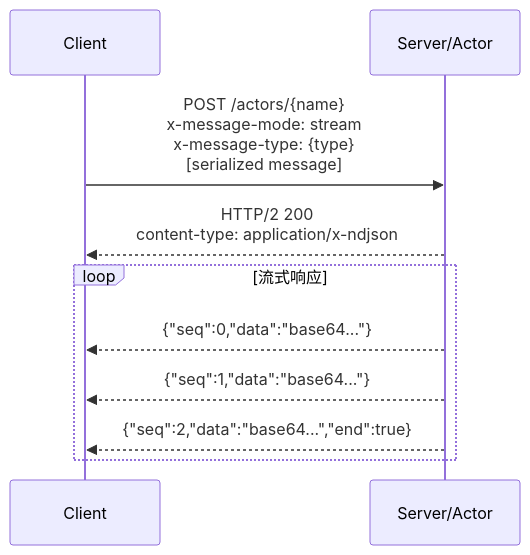
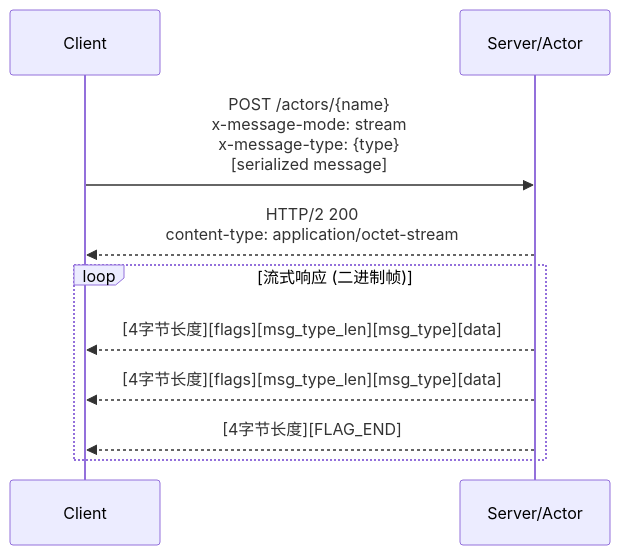
The fifth of 6 diagrams in docs/src/design/http2-transport.zh.md (wyeth93/Pulsing), drawn with Mermaid before and after one commit. The commit also changed other lines of this file and 14 other files, not shown here.

````diff
--- a/docs/src/design/http2-transport.zh.md
+++ b/docs/src/design/http2-transport.zh.md
@@ -92,15 +92,15 @@
 ```mermaid
 sequenceDiagram
     participant C as Client
     participant S as Server/Actor
 
     C->>S: POST /actors/{name}<br/>x-message-mode: stream<br/>x-message-type: {type}<br/>[serialized message]
 
-    S-->>C: HTTP/2 200<br/>content-type: application/x-ndjson
+    S-->>C: HTTP/2 200<br/>content-type: application/octet-stream
 
-    loop 流式响应
-        S-->>C: {"seq":0,"data":"base64..."}
-        S-->>C: {"seq":1,"data":"base64..."}
-        S-->>C: {"seq":2,"data":"base64...","end":true}
+    loop 流式响应 (二进制帧)
+        S-->>C: [4字节长度][flags][msg_type_len][msg_type][data]
+        S-->>C: [4字节长度][flags][msg_type_len][msg_type][data]
+        S-->>C: [4字节长度][FLAG_END]
     end
 ```
````
